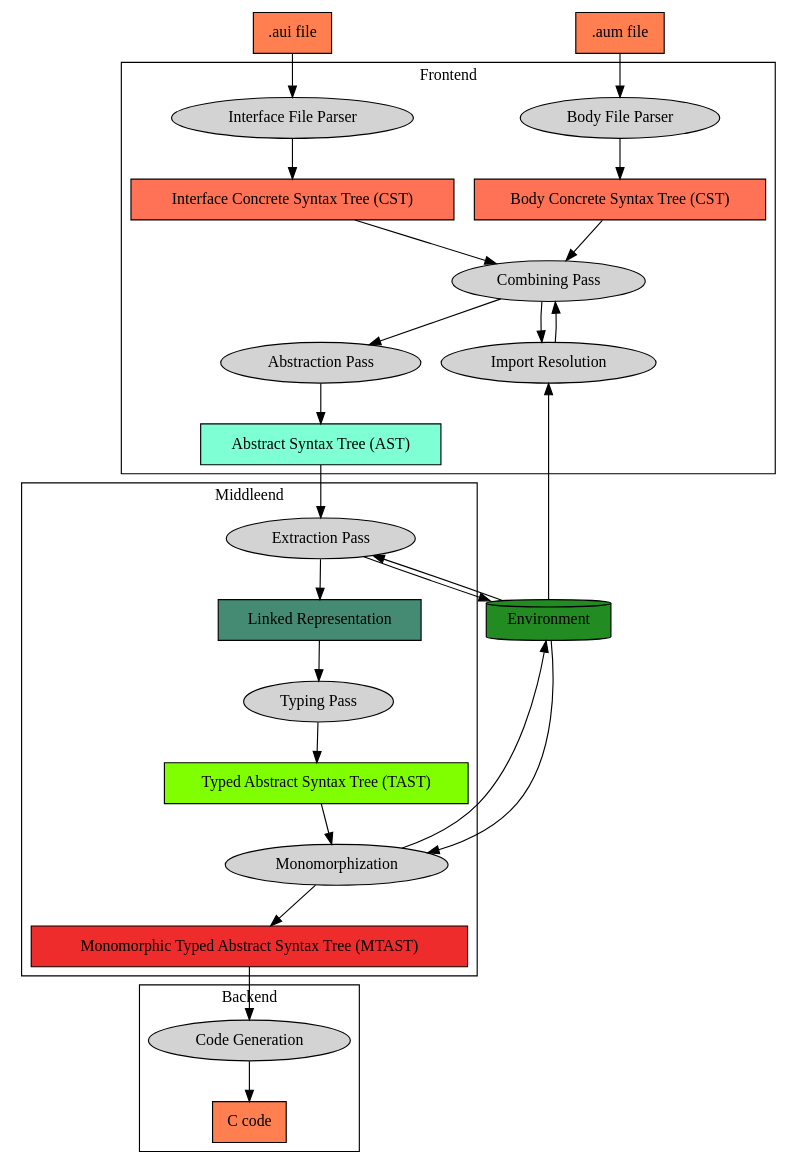
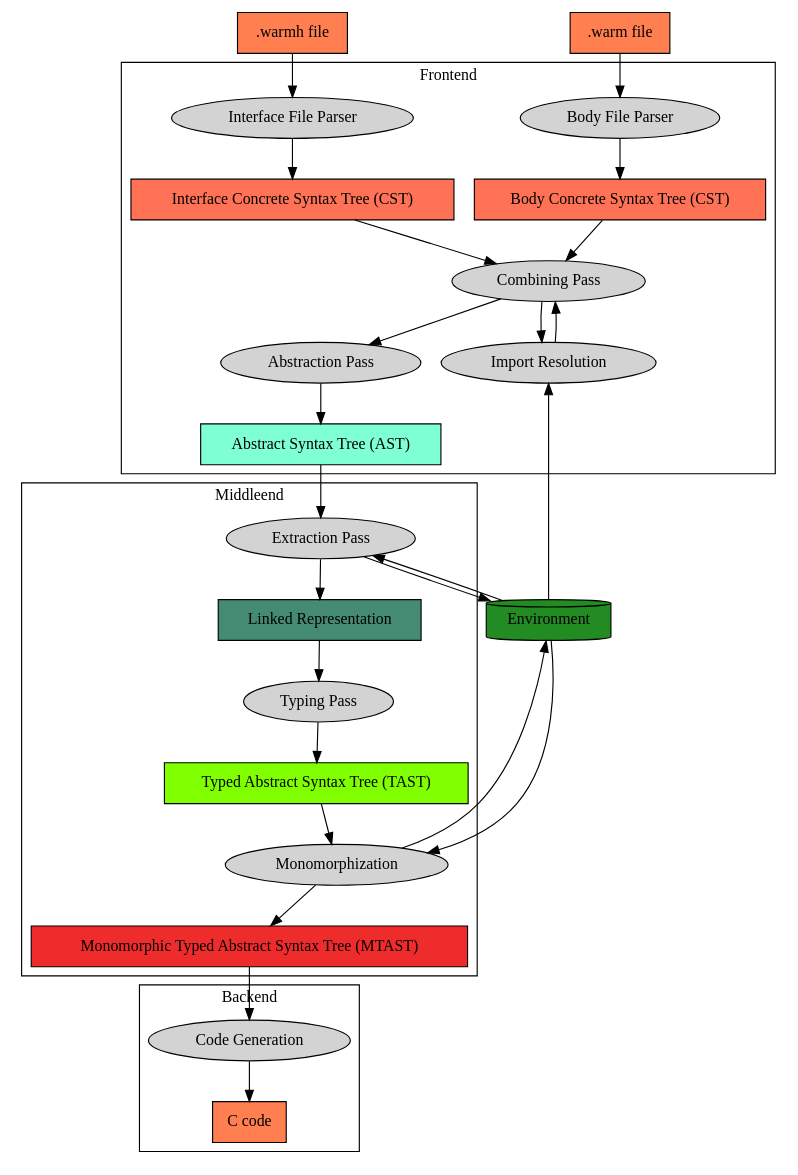
The diagram in warmc/docs/pipeline.dot (sebastianrcnt/coolcom), drawn with Graphviz before and after one commit. The commit also changed 996 other files, not shown here.

First line of the commit message:
Rename source extensions: .HC -> .cool, .HH -> .coolh, .aum -> .warm, .aui -> .warmh

```diff
--- a/warmc/docs/pipeline.dot
+++ b/warmc/docs/pipeline.dot
@@ -1,60 +1,60 @@
 digraph G {
     node[style=filled]
 
-    aui[shape=rect fillcolor=coral label=".aui file"]
-    aum[shape=rect fillcolor=coral label=".aum file"]
+    aui[shape=rect fillcolor=coral label=".warmh file"]
+    aum[shape=rect fillcolor=coral label=".warm file"]
 
     subgraph cluster_0 {
         label="Frontend"
 
         icst[shape=rect fillcolor=coral1 label="Interface Concrete Syntax Tree (CST)"]
         bcst[shape=rect fillcolor=coral1 label="Body Concrete Syntax Tree (CST)"]
         ast[shape=rect fillcolor=aquamarine label="Abstract Syntax Tree (AST)"]
 
         ip[label="Interface File Parser"]
         bp[label="Body File Parser"]
         combining[label="Combining Pass"]
         res[label="Import Resolution"]
         abs[label="Abstraction Pass"]
     }
 
     subgraph cluster_1 {
         label="Middleend"
 
         tast[shape=rect fillcolor=chartreuse1 label="Typed Abstract Syntax Tree (TAST)"]
         linked[shape=rect fillcolor=aquamarine4 label="Linked Representation"]
         mtast[shape=rect fillcolor=firebrick2 label="Monomorphic Typed Abstract Syntax Tree (MTAST)"]
 
         ext[label="Extraction Pass"]
         typing[label="Typing Pass"]
         mono[label="Monomorphization"]
     }
 
     subgraph cluster_2 {
         label="Backend"
 
         c[shape=rect fillcolor=coral label="C code"]
 
         codegen[label="Code Generation"]
     }
 
     env[label="Environment" fillcolor=forestgreen shape=cylinder]
 
     // Links
     aui -> ip -> icst -> combining
     aum -> bp -> bcst -> combining
     combining -> abs -> ast
     res -> combining
     combining -> res
     env -> res
     ast -> ext
     ext -> env
     env -> ext
     ext -> linked
     linked -> typing
     typing -> tast
     tast -> mono -> mtast
     env -> mono
     mono -> env
     mtast -> codegen -> c
 }
```
